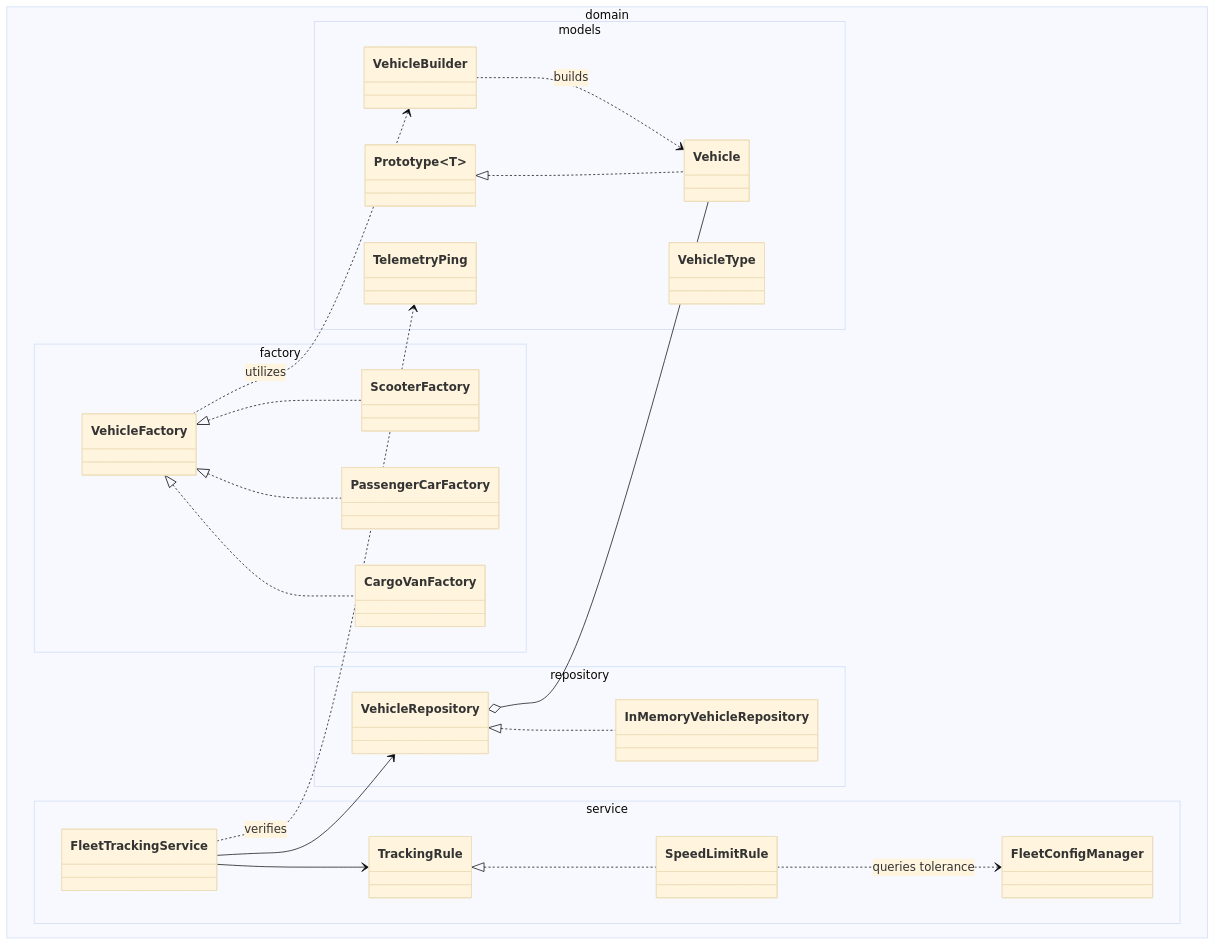
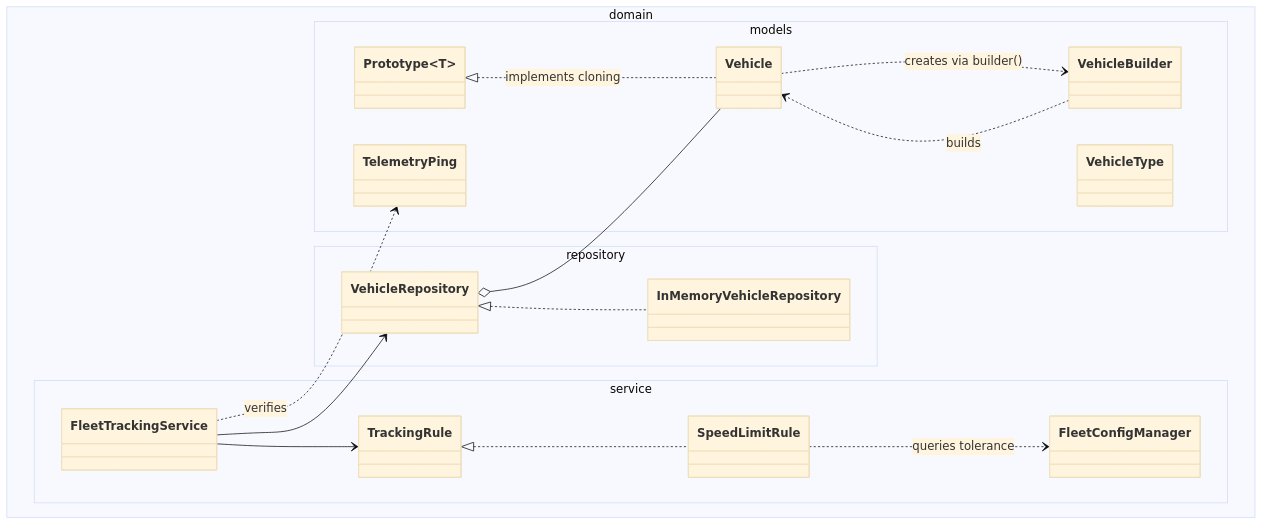
The fourth of 4 diagrams in Reports/Lab 1.md (aurelian-th/tmps), drawn with Mermaid (base theme) before and after one commit. The commit also changed other lines of this file and 7 other files, not shown here.

Commit message:
refactor(tmps): streamline to 3 creational patterns (Builder, Prototype, Singleton) and remove supervisor name

````diff
--- a/Reports/Lab 1.md
+++ b/Reports/Lab 1.md
@@ -336,47 +264,37 @@
 ```mermaid
 classDiagram
     direction TB
 
     namespace domain.models {
         class Vehicle
         class VehicleBuilder
         class VehicleType
         class TelemetryPing
         class Prototype~T~
-    }
-
-    namespace domain.factory {
-        class VehicleFactory
-        class ScooterFactory
-        class PassengerCarFactory
-        class CargoVanFactory
     }
 
     namespace domain.service {
         class FleetConfigManager
         class FleetTrackingService
         class TrackingRule
         class SpeedLimitRule
     }
 
     namespace domain.repository {
         class VehicleRepository
         class InMemoryVehicleRepository
     }
 
-    VehicleFactory <|.. ScooterFactory
-    VehicleFactory <|.. PassengerCarFactory
-    VehicleFactory <|.. CargoVanFactory
-    VehicleFactory ..> VehicleBuilder : utilizes
     VehicleBuilder ..> Vehicle : builds
+    Vehicle ..> VehicleBuilder : creates via builder()
+    Prototype <|.. Vehicle : implements cloning
 
-    Prototype <|.. Vehicle
     VehicleRepository <|.. InMemoryVehicleRepository
     VehicleRepository o-- Vehicle
 
     FleetTrackingService --> VehicleRepository
     FleetTrackingService --> TrackingRule
     TrackingRule <|.. SpeedLimitRule
     SpeedLimitRule ..> FleetConfigManager : queries tolerance
     FleetTrackingService ..> TelemetryPing : verifies
 ```
````
